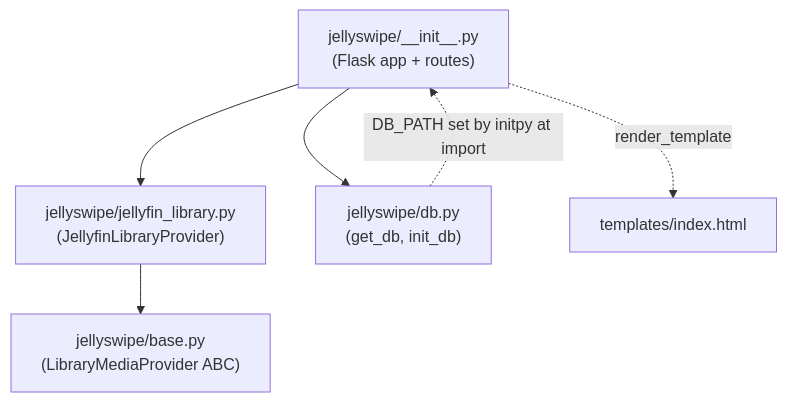
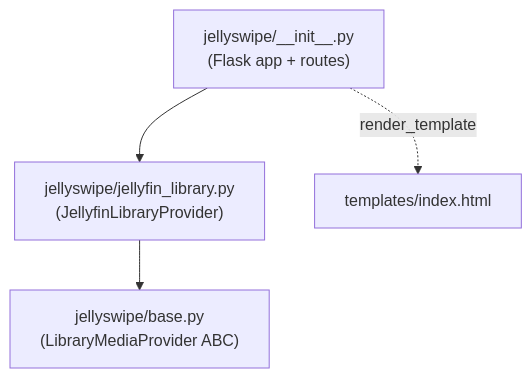
Before and after one commit to andrewthetechie/jelly-swipe: the second of 13 diagrams in ARCHITECTURE.md, drawn with Mermaid. The commit also changed other lines of this file and 14 other files, not shown here.

````diff
--- a/ARCHITECTURE.md
+++ b/ARCHITECTURE.md
@@ -78,14 +77,11 @@
 ```mermaid
 flowchart TD
     initpy["jellyswipe/__init__.py<br/>(Flask app + routes)"]
     base["jellyswipe/base.py<br/>(LibraryMediaProvider ABC)"]
     jf["jellyswipe/jellyfin_library.py<br/>(JellyfinLibraryProvider)"]
-    db["jellyswipe/db.py<br/>(get_db, init_db)"]
     tmpl["templates/index.html"]
 
     initpy --> jf
-    initpy --> db
     initpy -. "render_template" .-> tmpl
     jf --> base
-    db -. "DB_PATH set by initpy at import" .-> initpy
 ```
````
